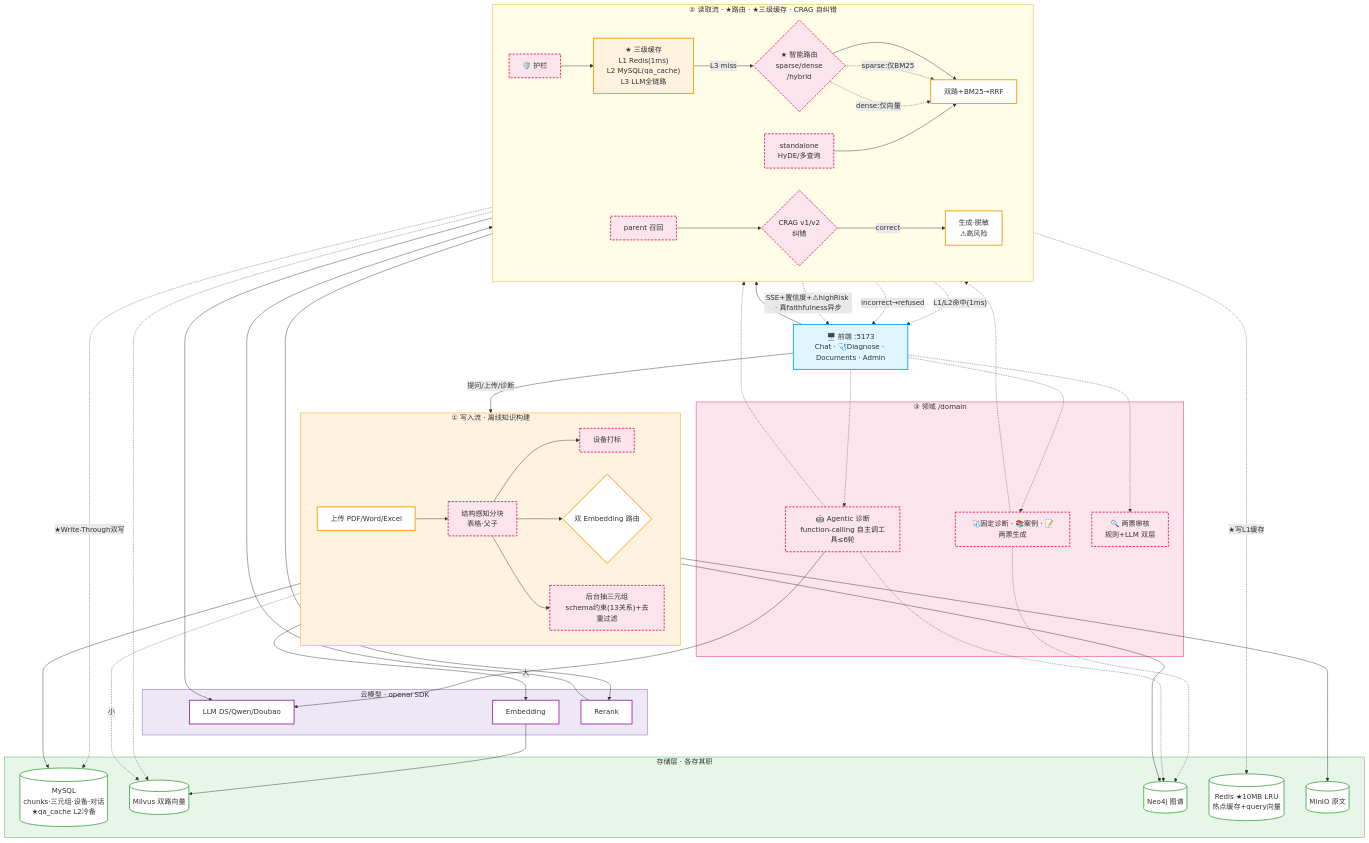
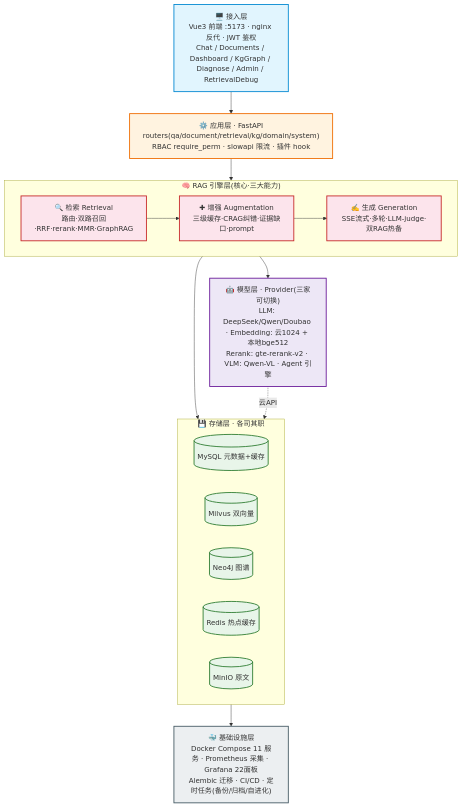
The first of 29 diagrams in README.md (zhyese/grid-qa), drawn with Mermaid before and after one commit. The commit also changed other lines of this file and 2 other files, not shown here.

First line of the commit message:
docs(rag): README 全量重组(RAG三功能29架构图) + release包目录健壮性

````diff
--- a/README.md
+++ b/README.md
@@ -47,84 +36,40 @@
 ```mermaid
-graph TB
-    classDef client fill:#e1f5fe,stroke:#03a9f4,stroke-width:2px
-    classDef process fill:#ffffff,stroke:#ff9800,stroke-width:2px
-    classDef storage fill:#ffffff,stroke:#4caf50,stroke-width:2px
-    classDef llm fill:#ffffff,stroke:#9c27b0,stroke-width:2px
-    classDef new fill:#fce4ec,stroke:#e91e63,stroke-width:2px,stroke-dasharray:5 3
-    classDef cache fill:#fff3e0,stroke:#ff9800,stroke-width:2px
+flowchart TB
+    classDef l1 fill:#e1f5fe,stroke:#0288d1,stroke-width:2px
+    classDef l2 fill:#fff3e0,stroke:#ef6c00,stroke-width:2px
+    classDef l3 fill:#fce4ec,stroke:#c62828,stroke-width:2px
+    classDef l4 fill:#ede7f6,stroke:#6a1b9a,stroke-width:2px
+    classDef l5 fill:#e8f5e9,stroke:#2e7d32,stroke-width:2px
+    classDef l6 fill:#eceff1,stroke:#455a64,stroke-width:2px
 
-    FE["🖥️ 前端 :5173<br/>Chat · 🩺Diagnose · Documents · Admin"]:::client
+    L1["🖥️ 接入层<br/>Vue3 前端 :5173 · nginx 反代 · JWT 鉴权<br/>Chat / Documents / Dashboard / KgGraph / Diagnose / Admin / RetrievalDebug"]:::l1
 
-    subgraph WRITE["① 写入流 · 离线知识构建"]
+    L2["⚙️ 应用层 · FastAPI<br/>routers(qa/document/retrieval/kg/domain/system)<br/>RBAC require_perm · slowapi 限流 · 插件 hook"]:::l2
+
+    subgraph L3G["🧠 RAG 引擎层(核心·三大能力)"]
         direction LR
-        Upload["上传 PDF/Word/Excel"]:::process
-        Parse["结构感知分块<br/>表格·父子"]:::new
-        EqTag["设备打标"]:::new
-        EmbR{"双 Embedding 路由"}:::process
-        ExtKG["后台抽三元组<br/>schema约束(13关系)+去重过滤"]:::new
+        L3R["🔍 检索 Retrieval<br/>路由·双路召回·RRF·rerank·MMR·GraphRAG"]:::l3
+        L3A["✚ 增强 Augmentation<br/>三级缓存·CRAG纠错·证据缺口·prompt"]:::l3
+        L3G2["✍️ 生成 Generation<br/>SSE流式·多轮·LLM-judge·双RAG热备"]:::l3
     end
 
-    subgraph READ["② 读取流 · ★路由 · ★三级缓存 · CRAG 自纠错"]
+    L4["🤖 模型层 · Provider(三家可切换)<br/>LLM: DeepSeek/Qwen/Doubao · Embedding: 云1024 + 本地bge512<br/>Rerank: gte-rerank-v2 · VLM: Qwen-VL · Agent 引擎"]:::l4
+
+    subgraph L5G["💾 存储层 · 各司其职"]
         direction LR
-        Guard["🛡️ 护栏"]:::new
-        Cache3L["★ 三级缓存<br/>L1 Redis(1ms)<br/>L2 MySQL(qa_cache)<br/>L3 LLM全链路"]:::cache
-        Route{"★ 智能路由<br/>sparse/dense<br/>/hybrid"}:::new
-        Stand["standalone<br/>HyDE/多查询"]:::new
-        Ret["双路+BM25→RRF"]:::process
-        Parent["parent 召回"]:::new
-        CRAG{"CRAG v1/v2<br/>纠错"}:::new
-        Gen["生成·脱敏<br/>⚠高风险"]:::process
+        L5M[("MySQL 元数据+缓存")]:::l5
+        L5V[("Milvus 双向量")]:::l5
+        L5N[("Neo4j 图谱")]:::l5
+        L5R[("Redis 热点缓存")]:::l5
+        L5O[("MinIO 原文")]:::l5
     end
 
-    subgraph DOMAIN["③ 领域 /domain"]
-        Diag["🩺固定诊断 · 📚案例 · 📝两票生成"]:::new
-        Agent["🤖 Agentic 诊断<br/>function-calling 自主调工具≤6轮"]:::new
-        Audit["🔍 两票审核<br/>规则+LLM 双层"]:::new
-    end
+    L6["🐳 基础设施层<br/>Docker Compose 11 服务 · Prometheus 采集 · Grafana 22面板<br/>Alembic 迁移 · CI/CD · 定时任务(备份/归档/自进化)"]:::l6
 
-    subgraph STORE["存储层 · 各存其职"]
-        MySQL[("MySQL<br/>chunks·三元组·设备·对话<br/>★qa_cache L2冷备")]:::storage
-        Milvus[("Milvus 双路向量")]:::storage
-        Neo4j[("Neo4j 图谱")]:::storage
-        Redis[("Redis ★10MB LRU<br/>热点缓存+query向量")]:::storage
-        MinIO[("MinIO 原文")]:::storage
-    end
-
-    subgraph CLOUD["云模型 · openai SDK"]
-        LLM["LLM DS/Qwen/Doubao"]:::llm
-        EMB["Embedding"]:::llm
-        RR["Rerank"]:::llm
-    end
-
-    FE -->|"提问/上传/诊断"| Upload
-    FE --> Guard
-    FE -.-> Diag & Agent & Audit
-    Upload --> MinIO
-    Upload --> Parse --> MySQL & EqTag & EmbR & ExtKG
-    EmbR -->|"大"| EMB --> Milvus
-    EmbR -.->|"小"| Milvus
-    ExtKG --> Neo4j
-    Guard --> Cache3L
-    Cache3L -.->|"L1/L2命中(1ms)"| FE
-    Cache3L -->|"L3 miss"| Route
-    Route --> Ret
-    Route -.->|"sparse:仅BM25"| Ret
-    Route -.->|"dense:仅向量"| Ret
-    Stand --> Ret
-    Ret --> RR --> Parent --> CRAG
-    Ret -.-> Milvus
-    CRAG -->|"correct"| Gen --> LLM
-    CRAG -.->|"incorrect→refused"| FE
-    Gen -.->|"SSE+置信度+⚠highRisk · 真faithfulness异步"| FE
-    Gen -.->|"★Write-Through双写"| MySQL
-    Gen -.->|"★写L1缓存"| Redis
-    Diag -.-> Ret & Neo4j
-    Agent -.-> Ret & Neo4j
-    Agent --> LLM
-
-    style WRITE fill:#fff3e0,stroke:#ff9800
-    style READ fill:#fffde7,stroke:#f9a825
-    style DOMAIN fill:#fce4ec,stroke:#e91e63
-    style STORE fill:#e8f5e9,stroke:#4caf50
-    style CLOUD fill:#ede7f6,stroke:#7e57c2
+    L1 --> L2 --> L3G
+    L3R --> L3A --> L3G2
+    L3G --> L4
+    L3G --> L5G
+    L4 -.->|云API| L5G
+    L5G --> L6
 ```
````
